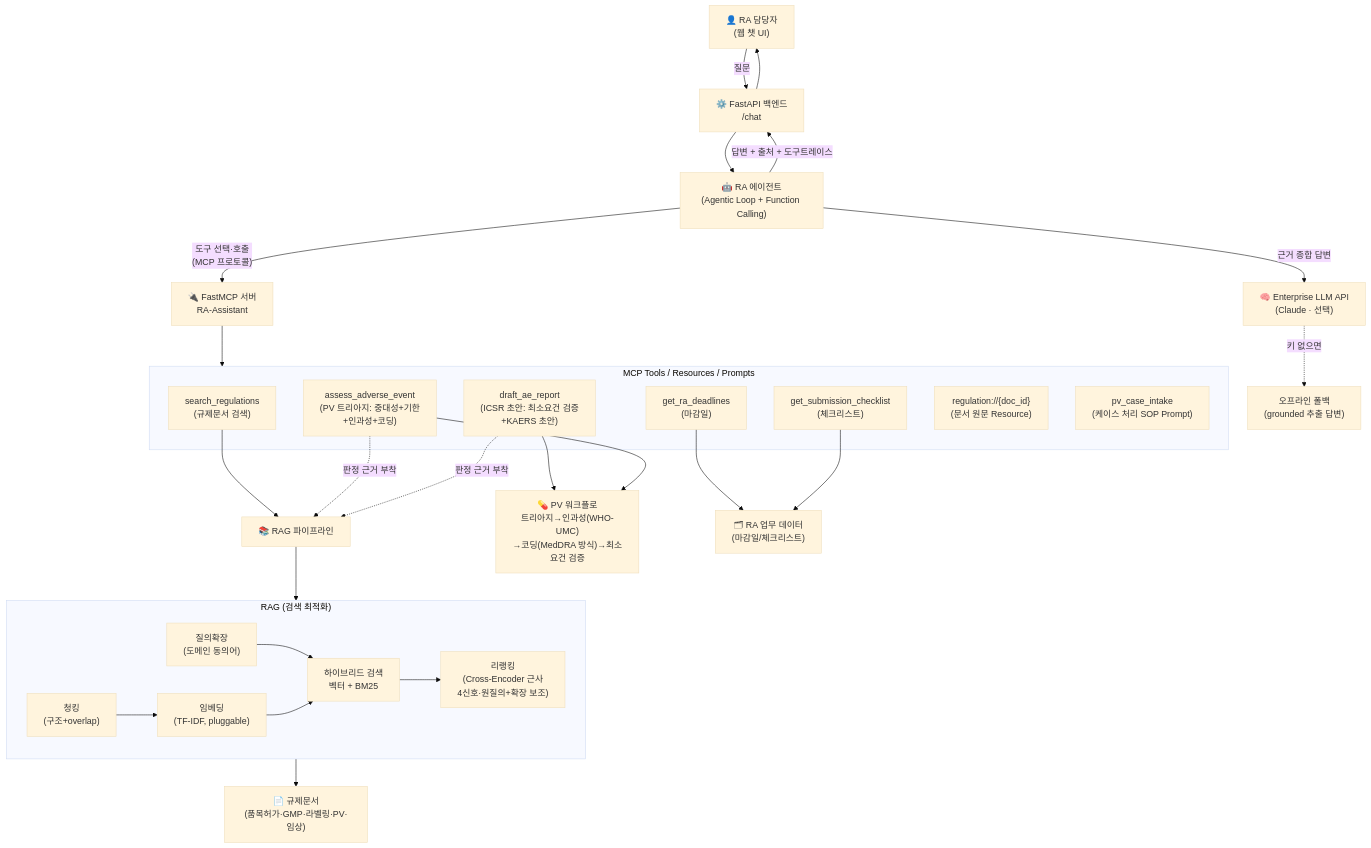
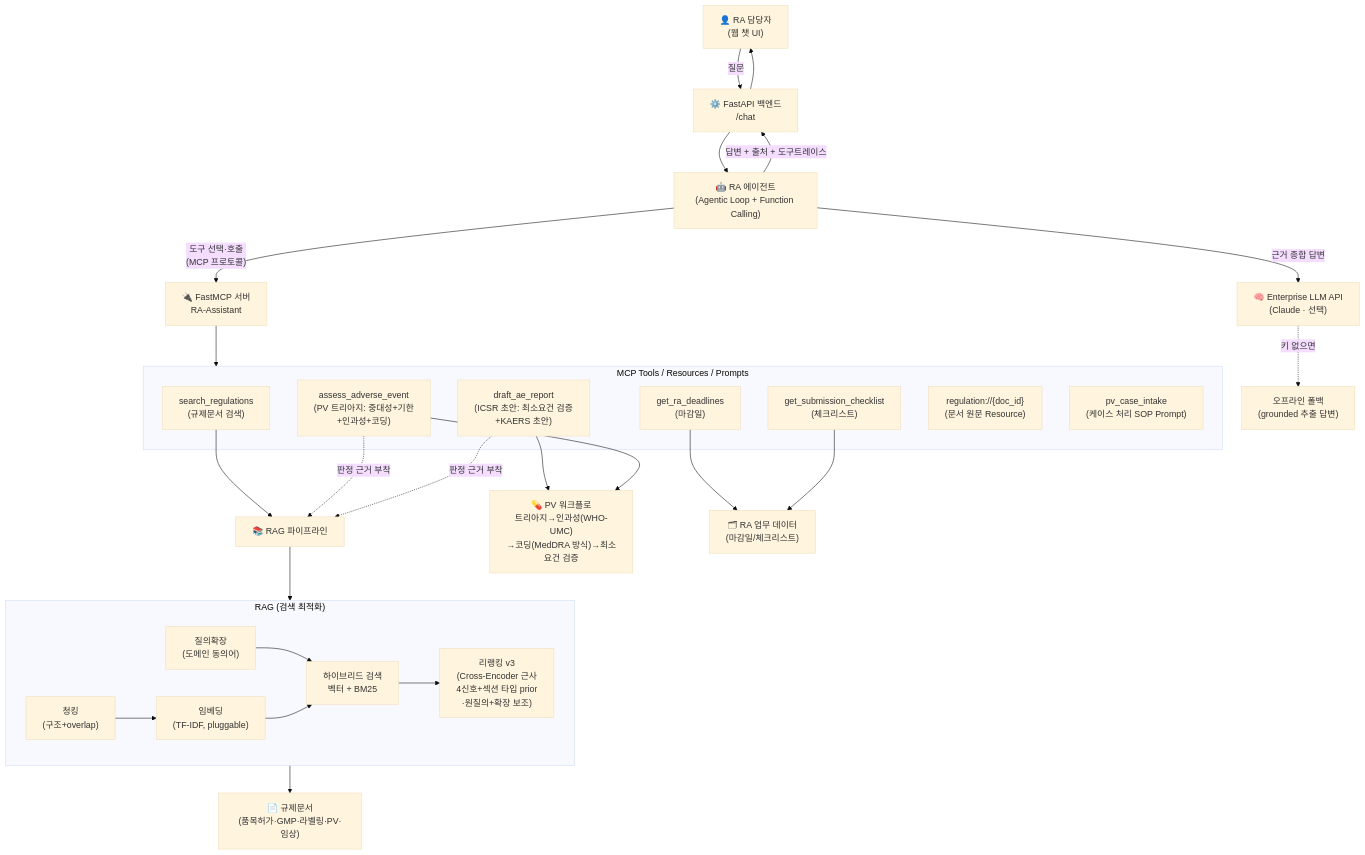
The diagram in project/README.md (chaeyoo/letsgogc), drawn with Mermaid (base theme) before and after one commit. The commit also changed other lines of this file and 16 other files, not shown here.

````diff
--- a/project/README.md
+++ b/project/README.md
@@ -43,40 +43,40 @@
 ```mermaid
 flowchart TB
     U["👤 RA 담당자<br/>(웹 챗 UI)"] -->|질문| API["⚙️ FastAPI 백엔드<br/>/chat"]
     API --> AG["🤖 RA 에이전트<br/>(Agentic Loop + Function Calling)"]
 
     AG -->|"도구 선택·호출<br/>(MCP 프로토콜)"| MCP["🔌 FastMCP 서버<br/>RA-Assistant"]
 
     subgraph MCP_TOOLS["MCP Tools / Resources / Prompts"]
         T1["search_regulations<br/>(규제문서 검색)"]
         T2["get_ra_deadlines<br/>(마감일)"]
         T3["get_submission_checklist<br/>(체크리스트)"]
         T4["assess_adverse_event<br/>(PV 트리아지: 중대성+기한<br/>+인과성+코딩)"]
         T5["draft_ae_report<br/>(ICSR 초안: 최소요건 검증<br/>+KAERS 초안)"]
         R1["regulation://{doc_id}<br/>(문서 원문 Resource)"]
         P1["pv_case_intake<br/>(케이스 처리 SOP Prompt)"]
     end
     MCP --> MCP_TOOLS
 
     T1 --> RAG["📚 RAG 파이프라인"]
     T4 -.->|"판정 근거 부착"| RAG
     T5 -.->|"판정 근거 부착"| RAG
     T5 --> PV["💊 PV 워크플로<br/>트리아지→인과성(WHO-UMC)<br/>→코딩(MedDRA 방식)→최소요건 검증"]
     T4 --> PV
     subgraph RAG_PIPE["RAG (검색 최적화)"]
         C1["청킹<br/>(구조+overlap)"] --> C2["임베딩<br/>(TF-IDF, pluggable)"]
         C0["질의확장<br/>(도메인 동의어)"] --> C3["하이브리드 검색<br/>벡터 + BM25"]
         C2 --> C3
-        C3 --> C4["리랭킹<br/>(Cross-Encoder 근사<br/>4신호·원질의+확장 보조)"]
+        C3 --> C4["리랭킹 v3<br/>(Cross-Encoder 근사<br/>4신호+섹션 타입 prior<br/>·원질의+확장 보조)"]
     end
     RAG --> RAG_PIPE
     RAG_PIPE --> DOCS["📄 규제문서<br/>(품목허가·GMP·라벨링·PV·임상)"]
 
     T2 --> DB["🗂 RA 업무 데이터<br/>(마감일/체크리스트)"]
     T3 --> DB
 
     AG -->|"근거 종합 답변"| LLM["🧠 Enterprise LLM API<br/>(Claude · 선택)"]
     LLM -.->|"키 없으면"| FB["오프라인 폴백<br/>(grounded 추출 답변)"]
 
     AG -->|"답변 + 출처 + 도구트레이스"| API --> U
 ```
````
